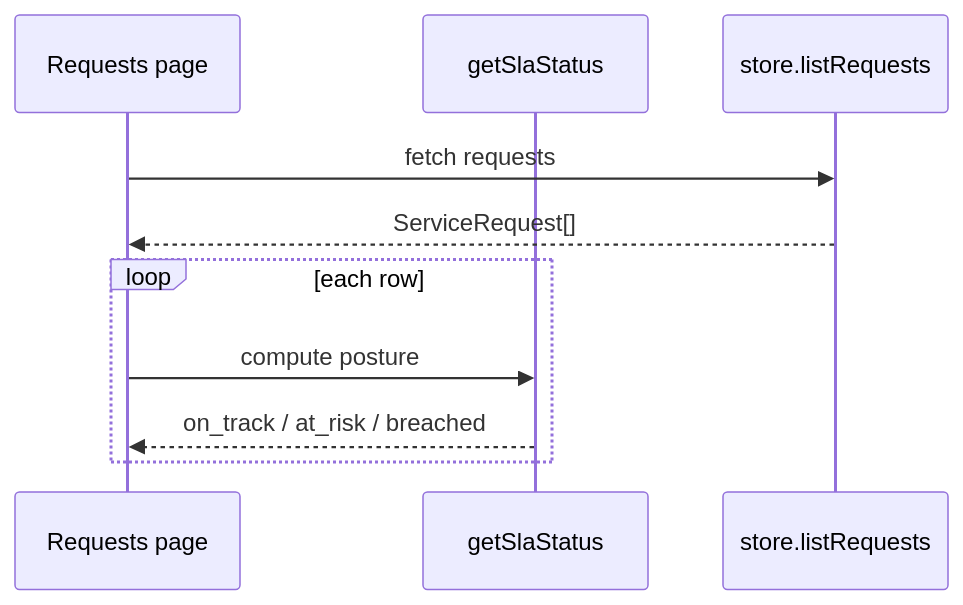
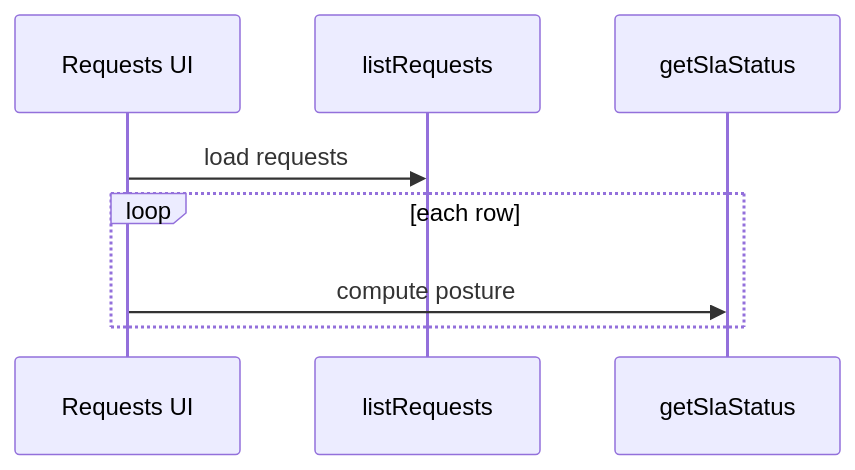
Before and after one commit to jah-guide/flowgate: the third of 3 diagrams in docs/07-sequence-flows.md, drawn with Mermaid. The commit also changed other lines of this file and 1 other file, not shown here.

Commit message:
docs: streamline data model and sequence flows

````diff
--- a/docs/07-sequence-flows.md
+++ b/docs/07-sequence-flows.md
@@ -97,13 +48,11 @@
 ```mermaid
 sequenceDiagram
-  participant UI as Requests page
+  participant UI as Requests UI
+  participant ST as listRequests
   participant SLA as getSlaStatus
-  participant ST as store.listRequests
 
-  UI->>ST: fetch requests
-  ST-->>UI: ServiceRequest[]
+  UI->>ST: load requests
   loop each row
     UI->>SLA: compute posture
-    SLA-->>UI: on_track / at_risk / breached
   end
 ```
````
